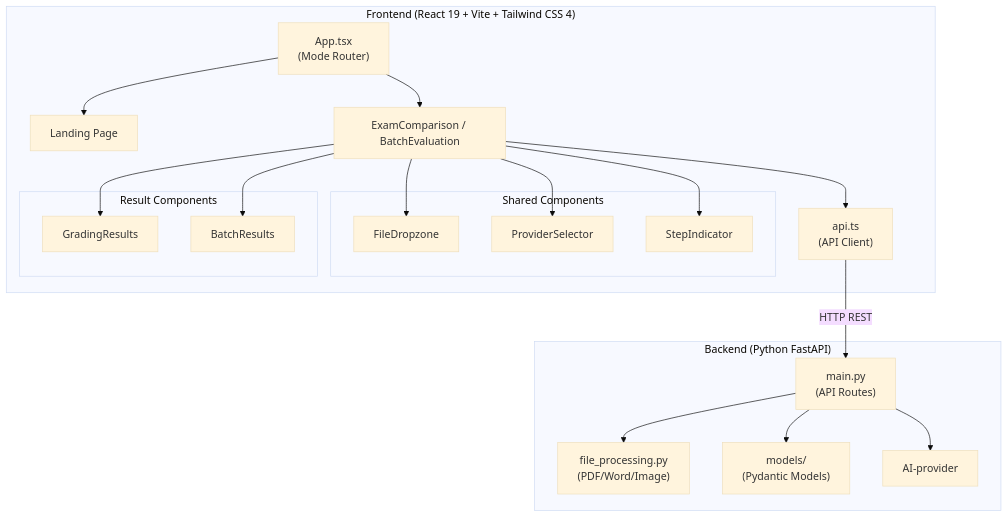
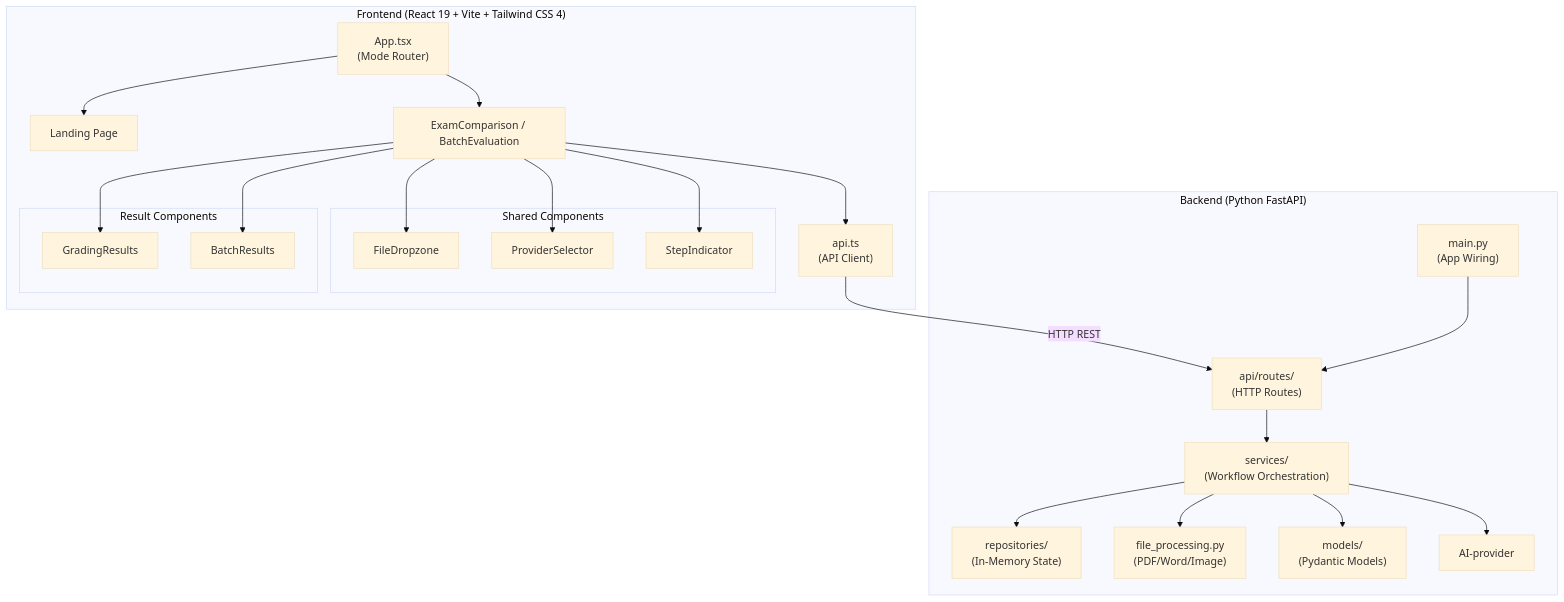
Before and after one commit to franciscosuca/exan: the first of 6 diagrams in docs/ARCHITECTURE.md, drawn with Mermaid (base theme). The commit also changed 14 other files, not shown here.

Commit message:
Refactor inference app structure: separate routes, services, and repositories

````diff
--- a/docs/ARCHITECTURE.md
+++ b/docs/ARCHITECTURE.md
@@ -9,42 +9,48 @@
 ```mermaid
 graph TB
     subgraph Frontend["Frontend (React 19 + Vite + Tailwind CSS 4)"]
         App["App.tsx<br/>(Mode Router)"]
         Landing["Landing Page"]
         Eval["ExamComparison / BatchEvaluation"]
         
         subgraph SharedComponents["Shared Components"]
             FD["FileDropzone"]
             PS["ProviderSelector"]
             SI["StepIndicator"]
         end
         
         subgraph ResultComponents["Result Components"]
             GR["GradingResults"]
             BR["BatchResults"]
         end
         
         API["api.ts<br/>(API Client)"]
     end
     
     subgraph Backend["Backend (Python FastAPI)"]
-        Main["main.py<br/>(API Routes)"]
+        Main["main.py<br/>(App Wiring)"]
+        Routers["api/routes/<br/>(HTTP Routes)"]
+        Services["services/<br/>(Workflow Orchestration)"]
+        Repository["repositories/<br/>(In-Memory State)"]
         FP["file_processing.py<br/>(PDF/Word/Image)"]
         Models["models/<br/>(Pydantic Models)"]
         AI["AI-provider"]
     end
 
     App --> Landing
     App --> Eval
     Eval --> FD
     Eval --> PS
     Eval --> SI
     Eval --> GR
     Eval --> BR
     Eval --> API
     
-    API -->|HTTP REST| Main
-    Main --> FP
-    Main --> Models
-    Main --> AI
+    API -->|HTTP REST| Routers
+    Main --> Routers
+    Routers --> Services
+    Services --> Repository
+    Services --> FP
+    Services --> Models
+    Services --> AI
 ```
````
